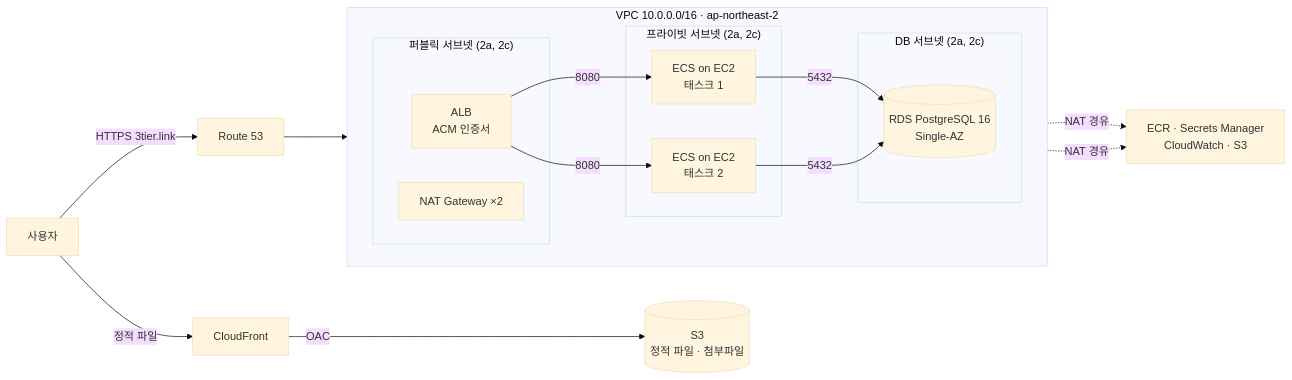
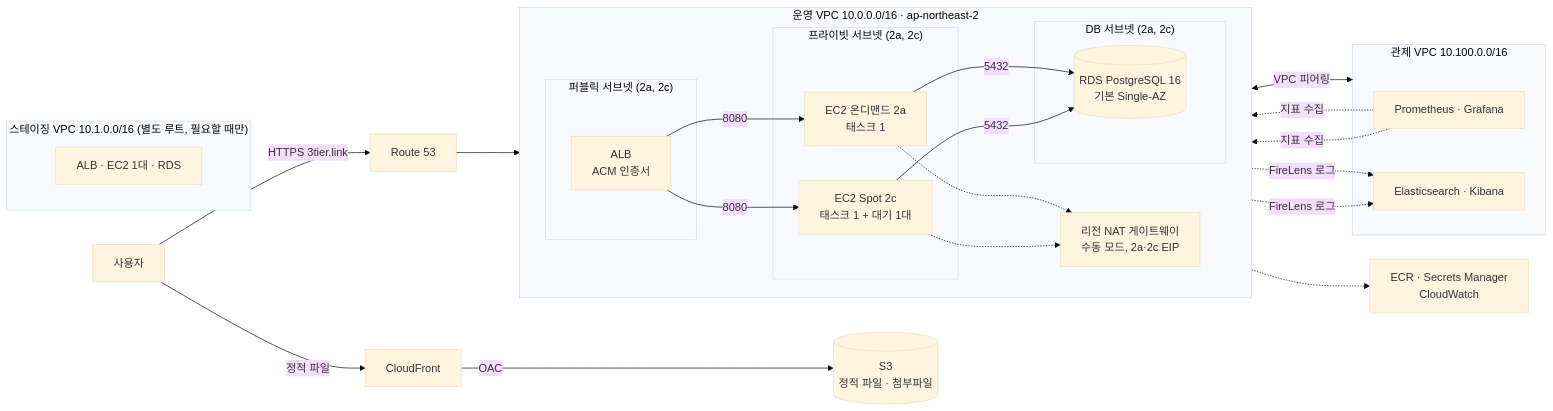
Before and after one commit to DDongHyun00/3-tier-terraform-ecs: the first of 4 diagrams in docs/architecture.md, drawn with Mermaid (base theme). The commit also changed other lines of this file and 48 other files, not shown here.

````diff
--- a/docs/architecture.md
+++ b/docs/architecture.md
@@ -7,29 +7,40 @@
 ```mermaid
 flowchart LR
     U[사용자] -->|HTTPS 3tier.link| R53[Route 53]
     R53 --> ALB
+    U -->|정적 파일| CF[CloudFront] -->|OAC| S3[(S3<br/>정적 파일 · 첨부파일)]
 
-    subgraph VPC["VPC 10.0.0.0/16 · ap-northeast-2"]
+    subgraph VPC["운영 VPC 10.0.0.0/16 · ap-northeast-2"]
         direction LR
         subgraph PUB["퍼블릭 서브넷 (2a, 2c)"]
             ALB[ALB<br/>ACM 인증서]
-            NAT[NAT Gateway ×2]
         end
+        NAT[리전 NAT 게이트웨이<br/>수동 모드, 2a·2c EIP]
         subgraph PRIV["프라이빗 서브넷 (2a, 2c)"]
-            T1[ECS on EC2<br/>태스크 1]
-            T2[ECS on EC2<br/>태스크 2]
+            T1[EC2 온디맨드 2a<br/>태스크 1]
+            T2[EC2 Spot 2c<br/>태스크 1 + 대기 1대]
         end
         subgraph DB["DB 서브넷 (2a, 2c)"]
-            RDS[(RDS PostgreSQL 16<br/>Single-AZ)]
+            RDS[(RDS PostgreSQL 16<br/>기본 Single-AZ)]
         end
+    end
+
+    subgraph MON["관제 VPC 10.100.0.0/16"]
+        PG[Prometheus · Grafana]
+        ELK[Elasticsearch · Kibana]
+    end
+
+    subgraph STG["스테이징 VPC 10.1.0.0/16 (별도 루트, 필요할 때만)"]
+        SAPP[ALB · EC2 1대 · RDS]
     end
 
     ALB -->|8080| T1
     ALB -->|8080| T2
     T1 -->|5432| RDS
     T2 -->|5432| RDS
-    T1 -.->|NAT 경유| EXT[ECR · Secrets Manager<br/>CloudWatch · S3]
-    T2 -.->|NAT 경유| EXT
-    CF[CloudFront] -->|OAC| S3[(S3<br/>정적 파일 · 첨부파일)]
-    U -->|정적 파일| CF
+    T1 & T2 -.-> NAT
+    NAT -.-> EXT[ECR · Secrets Manager<br/>CloudWatch]
+    T1 & T2 -.->|FireLens 로그| ELK
+    PG -.->|지표 수집| T1 & T2
+    VPC <-->|VPC 피어링| MON
 ```
````
